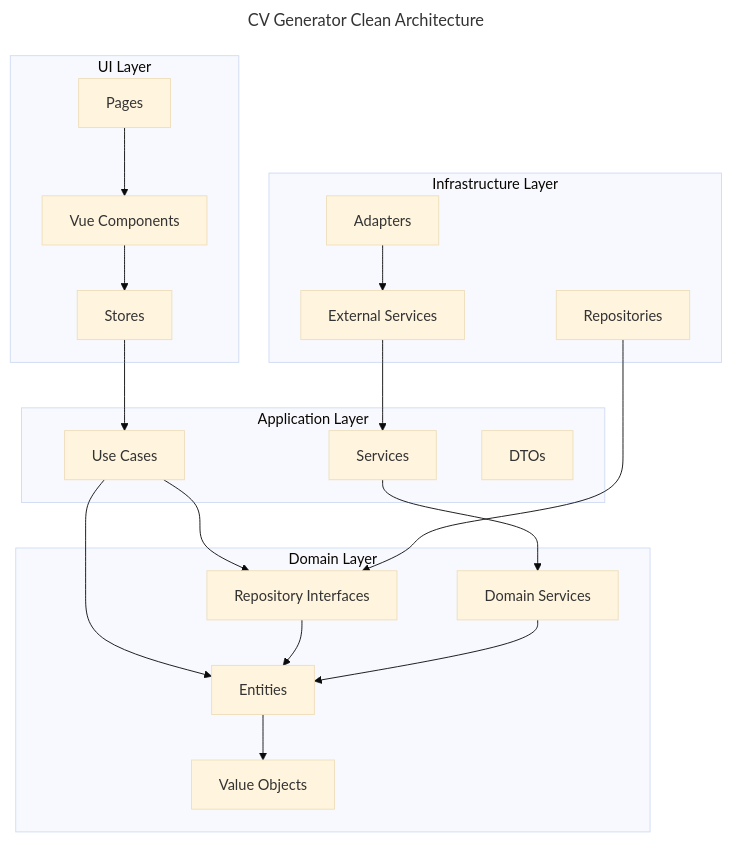
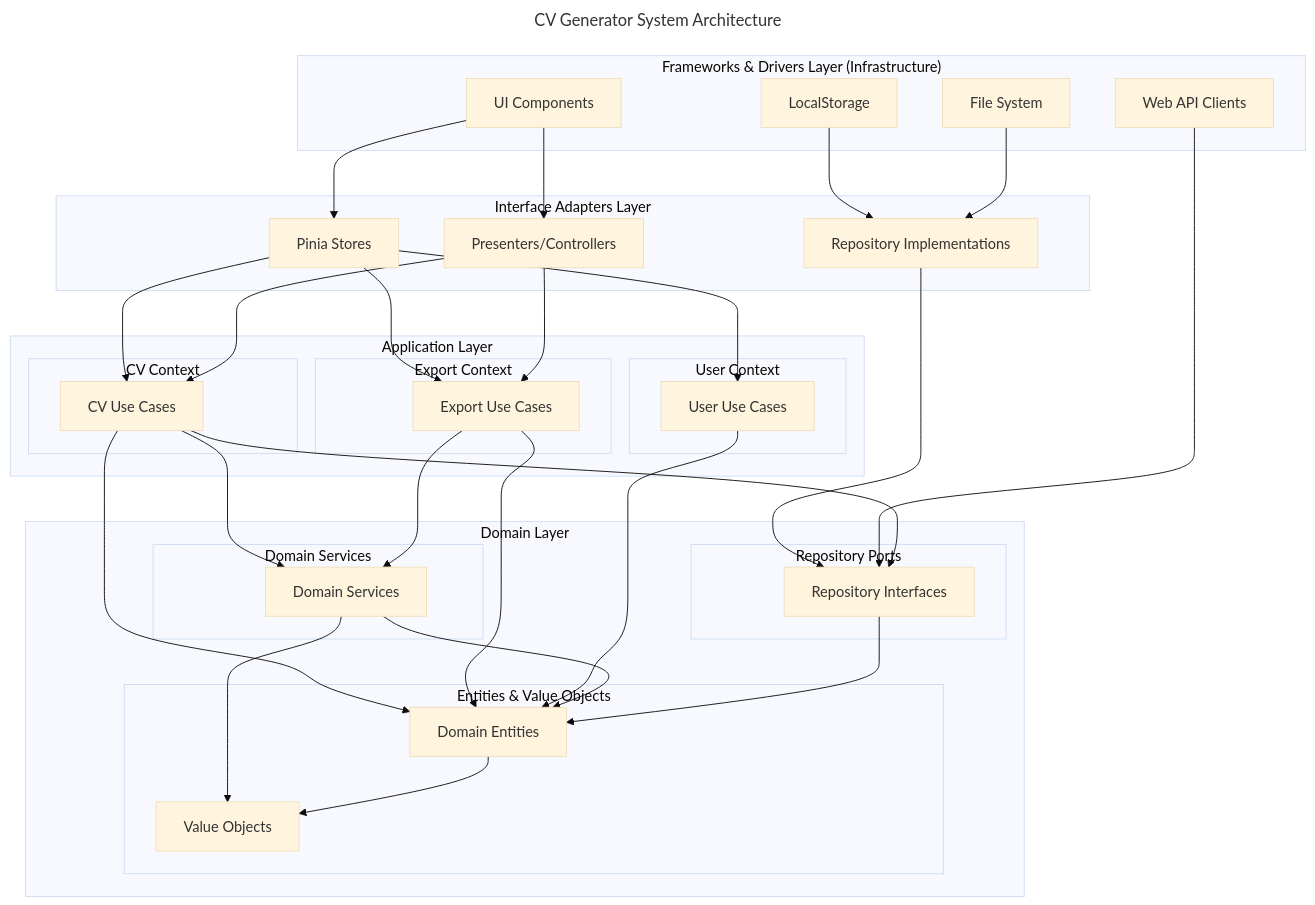
The diagram in README.md (giak/cv-generator), drawn with Mermaid (base theme) before and after one commit. The commit also changed other lines of this file and 43 other files, not shown here.

````diff
--- a/README.md
+++ b/README.md
@@ -274,50 +293,80 @@
 ```mermaid
 ---
-title: CV Generator Clean Architecture
+title: CV Generator System Architecture
 ---
 graph TD
-    subgraph "UI Layer"
-        A1[Vue Components]
-        A2[Stores]
-        A3[Pages]
+    %% Frameworks & Drivers Layer
+    subgraph "Frameworks & Drivers Layer (Infrastructure)"
+        UI["UI Components"]
+        WebAPI["Web API Clients"]
+        LocalStorage["LocalStorage"]
+        FileSystem["File System"]
     end
 
-    subgraph "Application Layer"
-        B1[Use Cases]
-        B2[Services]
-        B3[DTOs]
+    %% Interface Adapters Layer
+    subgraph "Interface Adapters Layer"
+        Stores["Pinia Stores"]
+        Repositories["Repository Implementations"]
+        Presenters["Presenters/Controllers"]
     end
 
-    subgraph "Domain Layer"
-        C1[Entities]
-        C2[Value Objects]
-        C3[Repository Interfaces]
-        C4[Domain Services]
+    %% Application Layer
+    subgraph "Application Layer"
+        subgraph "CV Context"
+            CVUseCases["CV Use Cases"]
+        end
+
+        subgraph "Export Context"
+            ExportUseCases["Export Use Cases"]
+        end
+
+        subgraph "User Context"
+            UserUseCases["User Use Cases"]
+        end
     end
 
-    subgraph "Infrastructure Layer"
-        D1[Repositories]
-        D2[External Services]
-        D3[Adapters]
+    %% Domain Layer
+    subgraph "Domain Layer"
+        subgraph "Entities & Value Objects"
+            Entities["Domain Entities"]
+            ValueObjects["Value Objects"]
+        end
+
+        subgraph "Repository Ports"
+            RepoInterfaces["Repository Interfaces"]
+        end
+
+        subgraph "Domain Services"
+            DomainServices["Domain Services"]
+        end
     end
 
-    %% UI Layer Dependencies
-    A1 --> A2
-    A2 --> B1
-    A3 --> A1
+    %% Dependencies between layers
+    UI --> Stores
+    UI --> Presenters
+    Stores --> CVUseCases
+    Stores --> ExportUseCases
+    Stores --> UserUseCases
 
-    %% Application Layer Dependencies
-    B1 --> C1
-    B1 --> C3
-    B2 --> C4
+    Presenters --> CVUseCases
+    Presenters --> ExportUseCases
 
-    %% Domain Layer Dependencies
-    C1 --> C2
-    C3 --> C1
-    C4 --> C1
+    Repositories --> RepoInterfaces
+    WebAPI --> RepoInterfaces
+    LocalStorage --> Repositories
+    FileSystem --> Repositories
 
-    %% Infrastructure Layer Dependencies
-    D1 --> C3
-    D2 --> B2
-    D3 --> D2
+    CVUseCases --> Entities
+    CVUseCases --> RepoInterfaces
+    CVUseCases --> DomainServices
+
+    ExportUseCases --> Entities
+    ExportUseCases --> DomainServices
+
+    UserUseCases --> Entities
+
+    DomainServices --> Entities
+    DomainServices --> ValueObjects
+    RepoInterfaces --> Entities
+    Entities --> ValueObjects
 ```
````
